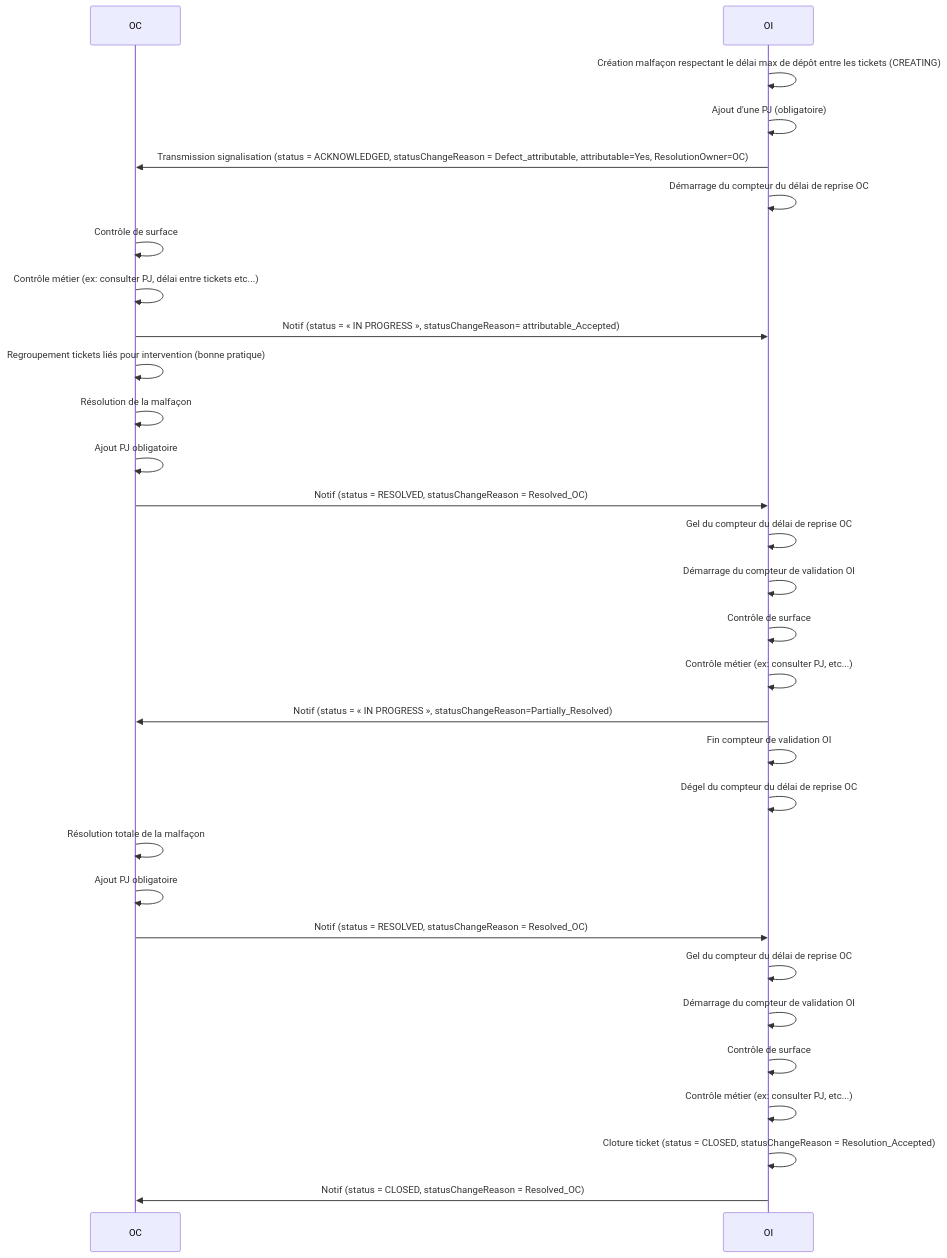
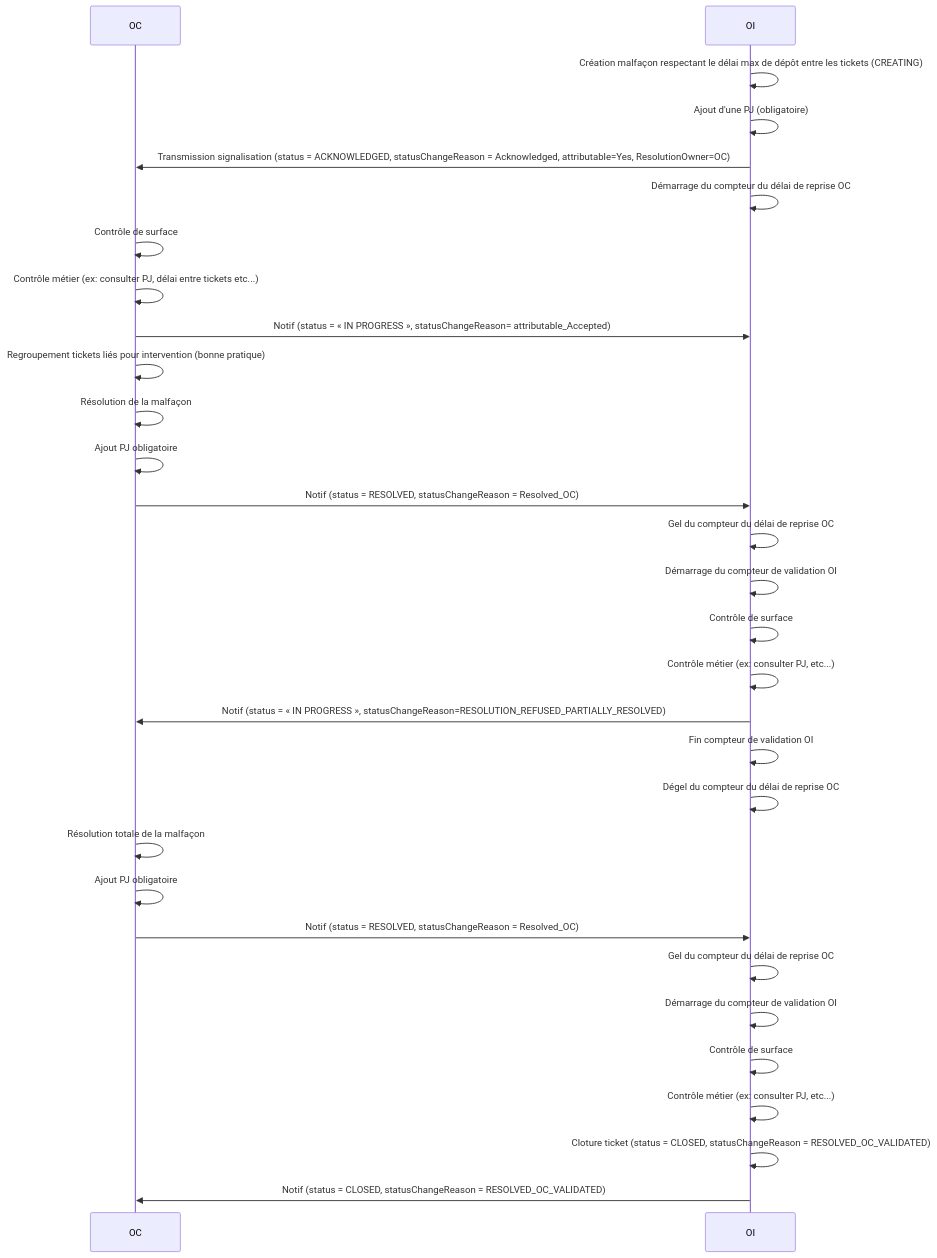
Before and after one commit to before-interop/malfacon: the seventh of 12 diagrams in README.md, drawn with Mermaid. The commit also changed other lines of this file, not shown here.

````diff
--- a/README.md
+++ b/README.md
@@ -506,35 +506,35 @@
 ```mermaid
 sequenceDiagram
 
   participant OC
   participant OI
 
 
   OI->>OI: Création malfaçon respectant le délai max de dépôt entre les tickets (CREATING)
   OI->>OI: Ajout d'une PJ (obligatoire)
-  OI->>OC: Transmission signalisation (status = ACKNOWLEDGED, statusChangeReason = Defect_attributable, attributable=Yes, ResolutionOwner=OC)
+  OI->>OC: Transmission signalisation (status = ACKNOWLEDGED, statusChangeReason = Acknowledged, attributable=Yes, ResolutionOwner=OC)
   OI->>OI: Démarrage du compteur du délai de reprise OC
   OC->>OC: Contrôle de surface
   OC->>OC: Contrôle métier (ex: consulter PJ, délai entre tickets etc...)
   OC->>OI: Notif (status = « IN PROGRESS », statusChangeReason= attributable_Accepted)
   OC->>OC: Regroupement tickets liés pour intervention (bonne pratique)
   OC->>OC: Résolution de la malfaçon
   OC->>OC: Ajout PJ obligatoire
   OC->>OI: Notif (status = RESOLVED, statusChangeReason = Resolved_OC)
   OI->>OI: Gel du compteur du délai de reprise OC
   OI->>OI: Démarrage du compteur de validation OI
   OI->>OI: Contrôle de surface
   OI->>OI: Contrôle métier (ex: consulter PJ, etc...)
-  OI->>OC: Notif (status = « IN PROGRESS », statusChangeReason=Partially_Resolved)
+  OI->>OC: Notif (status = « IN PROGRESS », statusChangeReason=RESOLUTION_REFUSED_PARTIALLY_RESOLVED)
   OI->>OI: Fin compteur de validation OI
   OI->>OI: Dégel du compteur du délai de reprise OC
   OC->>OC: Résolution totale de la malfaçon
   OC->>OC: Ajout PJ obligatoire
   OC->>OI: Notif (status = RESOLVED, statusChangeReason = Resolved_OC)
   OI->>OI: Gel du compteur du délai de reprise OC
   OI->>OI: Démarrage du compteur de validation OI
   OI->>OI: Contrôle de surface
   OI->>OI: Contrôle métier (ex: consulter PJ, etc...)
-  OI->>OI: Cloture ticket (status = CLOSED, statusChangeReason = Resolution_Accepted)
-  OI->>OC: Notif (status = CLOSED, statusChangeReason = Resolved_OC)
+  OI->>OI: Cloture ticket (status = CLOSED, statusChangeReason = RESOLVED_OC_VALIDATED)
+  OI->>OC: Notif (status = CLOSED, statusChangeReason = RESOLVED_OC_VALIDATED)
 ```
````
